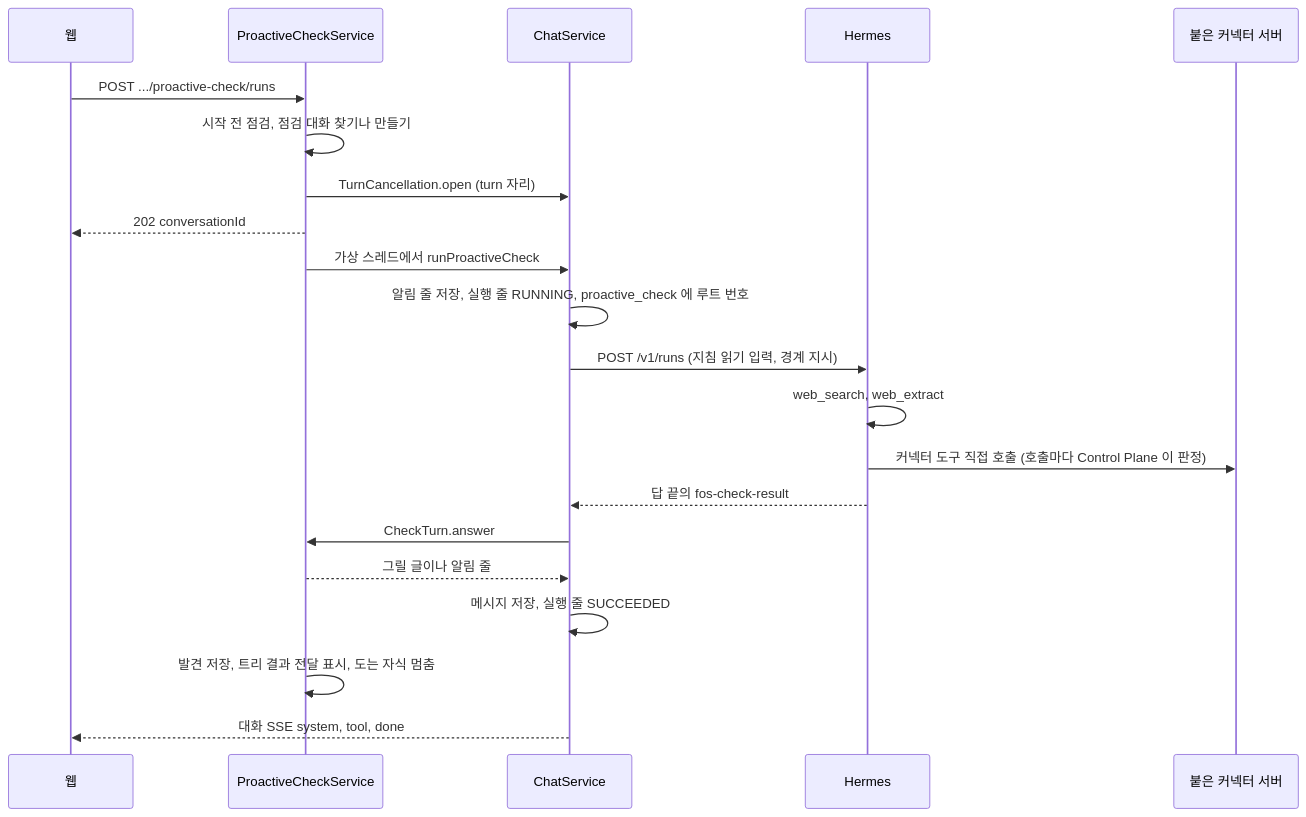
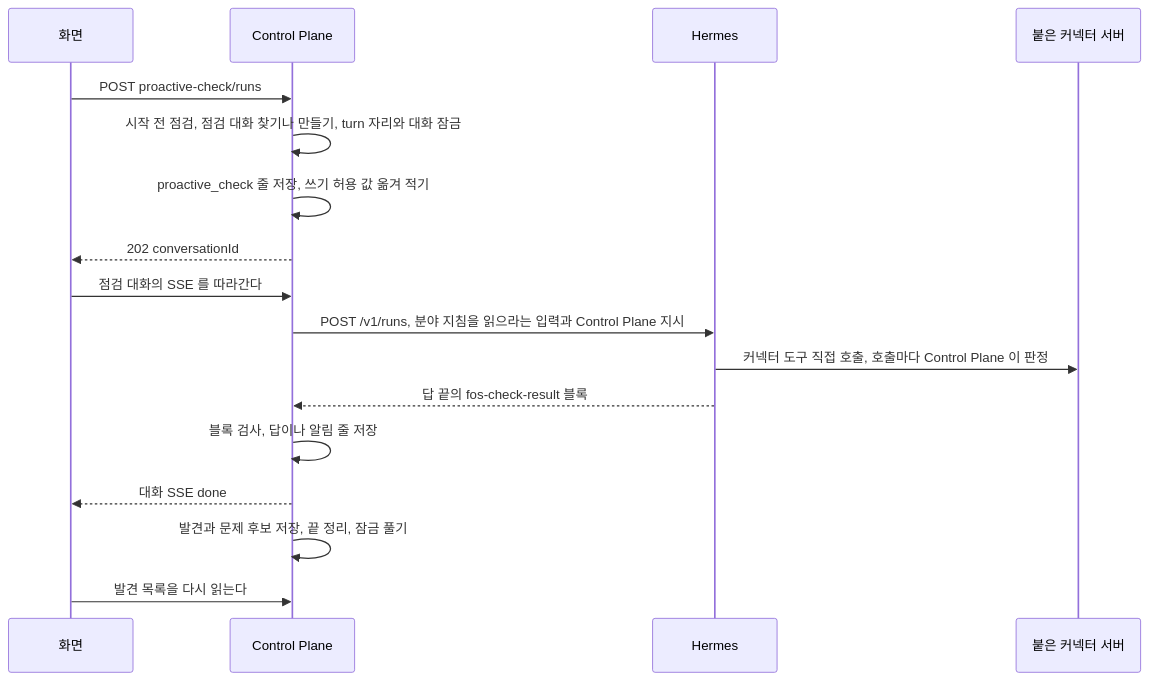
Before and after one commit to jon890/fos-assistant: the diagram in docs/features/proactive.md, drawn with Mermaid. The commit also changed other lines of this file, not shown here.

````diff
--- a/docs/features/proactive.md
+++ b/docs/features/proactive.md
@@ -269,23 +52,19 @@
 ```mermaid
 sequenceDiagram
-    participant W as 웹
-    participant P as ProactiveCheckService
-    participant C as ChatService
+    participant W as 화면
+    participant C as Control Plane
     participant H as Hermes
     participant D as 붙은 커넥터 서버
-    W->>P: POST .../proactive-check/runs
-    P->>P: 시작 전 점검, 점검 대화 찾기나 만들기
-    P->>C: TurnCancellation.open (turn 자리)
-    P-->>W: 202 conversationId
-    P->>C: 가상 스레드에서 runProactiveCheck
-    C->>C: 알림 줄 저장, 실행 줄 RUNNING, proactive_check 에 루트 번호
-    C->>H: POST /v1/runs (지침 읽기 입력, 경계 지시)
-    H->>H: web_search, web_extract
-    H->>D: 커넥터 도구 직접 호출 (호출마다 Control Plane 이 판정)
-    H-->>C: 답 끝의 fos-check-result
-    C->>P: CheckTurn.answer
-    P-->>C: 그릴 글이나 알림 줄
-    C->>C: 메시지 저장, 실행 줄 SUCCEEDED
-    P->>P: 발견 저장, 트리 결과 전달 표시, 도는 자식 멈춤
-    C-->>W: 대화 SSE system, tool, done
+    W->>C: POST proactive-check/runs
+    C->>C: 시작 전 점검, 점검 대화 찾기나 만들기, turn 자리와 대화 잠금
+    C->>C: proactive_check 줄 저장, 쓰기 허용 값 옮겨 적기
+    C-->>W: 202 conversationId
+    W->>C: 점검 대화의 SSE 를 따라간다
+    C->>H: POST /v1/runs, 분야 지침을 읽으라는 입력과 Control Plane 지시
+    H->>D: 커넥터 도구 직접 호출, 호출마다 Control Plane 이 판정
+    H-->>C: 답 끝의 fos-check-result 블록
+    C->>C: 블록 검사, 답이나 알림 줄 저장
+    C-->>W: 대화 SSE done
+    C->>C: 발견과 문제 후보 저장, 끝 정리, 잠금 풀기
+    W->>C: 발견 목록을 다시 읽는다
 ```
````
